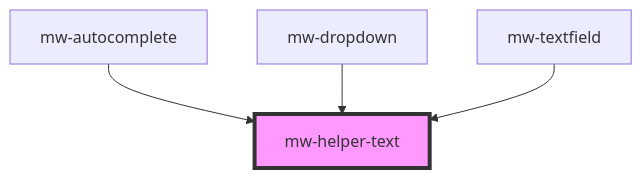
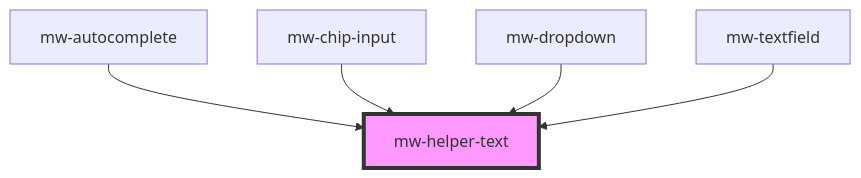
The diagram in mwui-stencil/src/components/mw-helper-text/readme.md (MaibornWolff/mwui), drawn with Mermaid before and after one commit. The commit also changed other lines of this file and 24 other files, not shown here.

````diff
--- a/mwui-stencil/src/components/mw-helper-text/readme.md
+++ b/mwui-stencil/src/components/mw-helper-text/readme.md
@@ -22,7 +23,8 @@
 ```mermaid
 graph TD;
   mw-autocomplete --> mw-helper-text
+  mw-chip-input --> mw-helper-text
   mw-dropdown --> mw-helper-text
   mw-textfield --> mw-helper-text
   style mw-helper-text fill:#f9f,stroke:#333,stroke-width:4px
 ```
````
